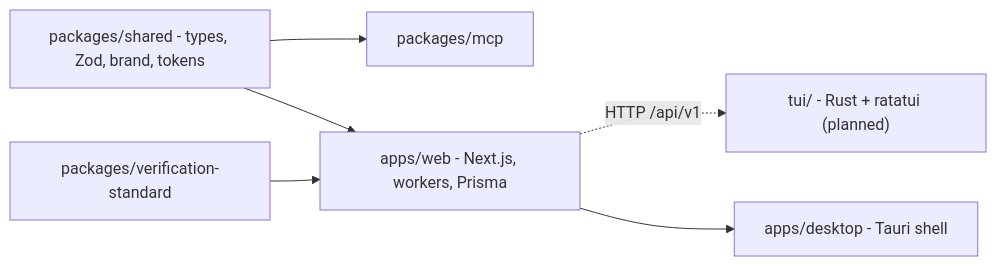
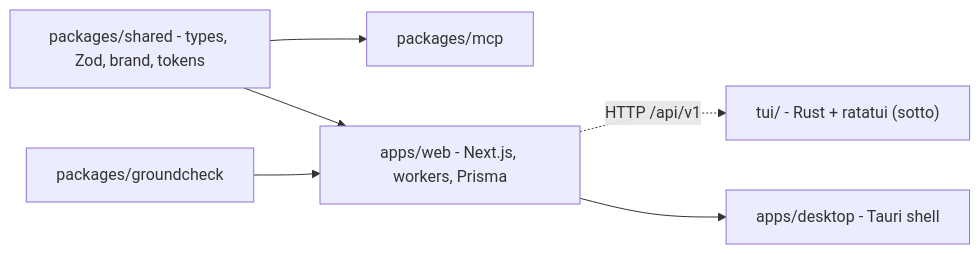
One commit to affromero/Sotto changed the fourth of 11 diagrams in docs/06-architecture-diagrams.md. Above: the diagram before and after it, drawn with Mermaid. The commit also changed other lines of this file and 4 other files, not shown here.

First line of the commit message:
docs: reflect the landed sotto terminal client (tui/)

````diff
--- a/docs/06-architecture-diagrams.md
+++ b/docs/06-architecture-diagrams.md
@@ -115,15 +115,15 @@
 ```mermaid
 flowchart LR
     shared["packages/shared - types, Zod, brand, tokens"]
     mcp["packages/mcp"]
-    verif["packages/verification-standard"]
+    verif["packages/groundcheck"]
     web["apps/web - Next.js, workers, Prisma"]
     desktop["apps/desktop - Tauri shell"]
-    tui["tui/ - Rust + ratatui (planned)"]
+    tui["tui/ - Rust + ratatui (sotto)"]
 
     shared --> web
     shared --> mcp
     verif --> web
     web -. HTTP /api/v1 .-> tui
     web --> desktop
 ```
````
